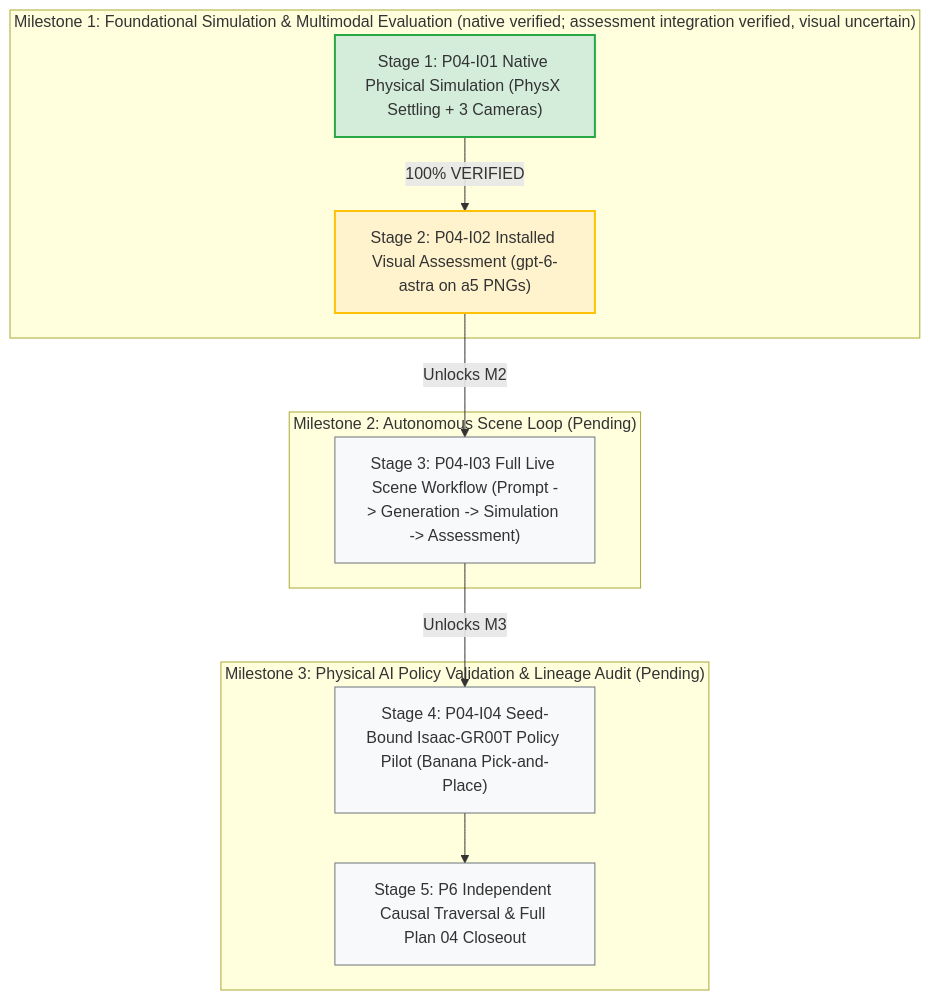
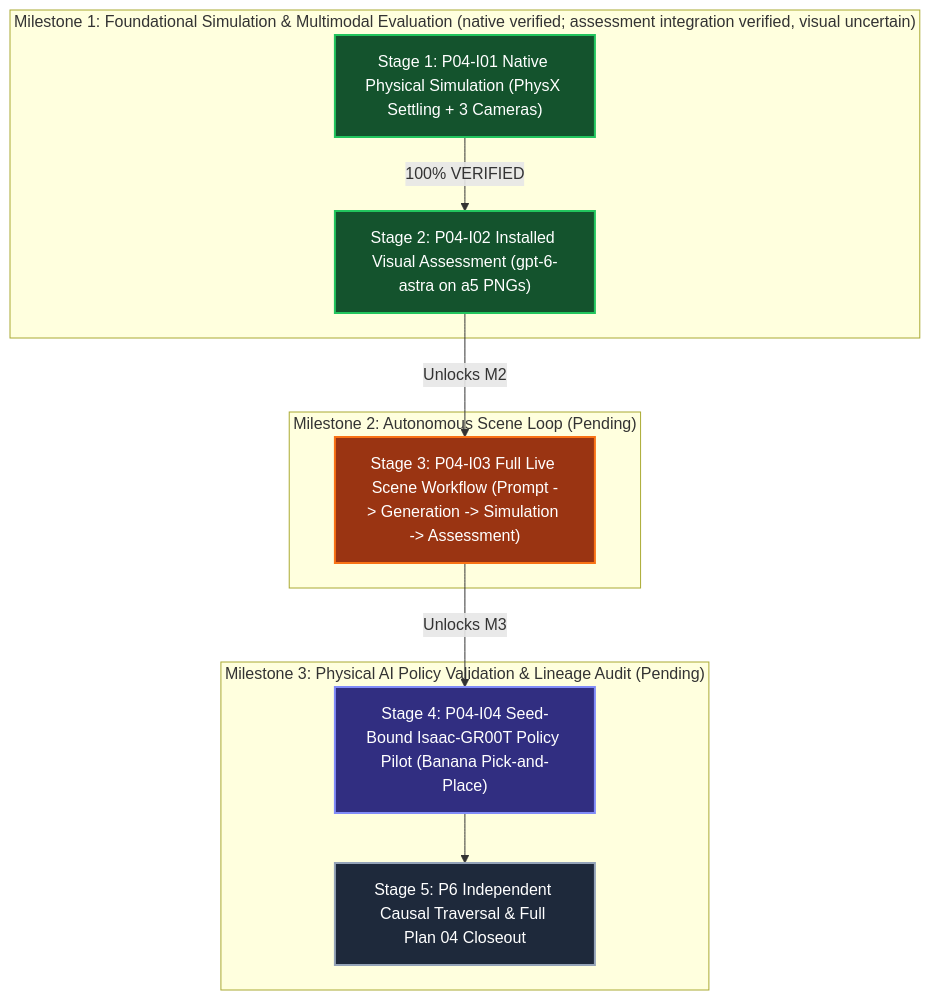
One commit to boredengineering/IsaacLab-Arena changed the first of 2 diagrams in .agents/references/plans/plan04_implementation/how-far-to-finish-plan04.md. Above: the diagram before and after it, drawn with Mermaid. The commit also changed 2 other files, not shown here.

Commit message:
adding and reviewing progress

````diff
--- a/.agents/references/plans/plan04_implementation/how-far-to-finish-plan04.md
+++ b/.agents/references/plans/plan04_implementation/how-far-to-finish-plan04.md
@@ -34,21 +34,21 @@
 ```mermaid
 flowchart TD
     subgraph M1["Milestone 1: Foundational Simulation & Multimodal Evaluation (native verified; assessment integration verified, visual uncertain)"]
         S1["Stage 1: P04-I01 Native Physical Simulation (PhysX Settling + 3 Cameras)"] -->|100% VERIFIED| S2["Stage 2: P04-I02 Installed Visual Assessment (gpt-6-astra on a5 PNGs)"]
     end
 
     subgraph M2["Milestone 2: Autonomous Scene Loop (Pending)"]
         S2 -->|Unlocks M2| S3["Stage 3: P04-I03 Full Live Scene Workflow (Prompt -> Generation -> Simulation -> Assessment)"]
     end
 
     subgraph M3["Milestone 3: Physical AI Policy Validation & Lineage Audit (Pending)"]
         S3 -->|Unlocks M3| S4["Stage 4: P04-I04 Seed-Bound Isaac-GR00T Policy Pilot (Banana Pick-and-Place)"]
         S4 --> S5["Stage 5: P6 Independent Causal Traversal & Full Plan 04 Closeout"]
     end
 
-    style S1 fill:#d4edda,stroke:#28a745,stroke-width:2px;
-    style S2 fill:#fff3cd,stroke:#ffc107,stroke-width:2px;
-    style S3 fill:#f8f9fa,stroke:#6c757d,stroke-width:1px;
-    style S4 fill:#f8f9fa,stroke:#6c757d,stroke-width:1px;
-    style S5 fill:#f8f9fa,stroke:#6c757d,stroke-width:1px;
+    style S1 fill:#14532d,stroke:#22c55e,stroke-width:2px,color:#ffffff;
+    style S2 fill:#14532d,stroke:#22c55e,stroke-width:2px,color:#ffffff;
+    style S3 fill:#9a3412,stroke:#f97316,stroke-width:2px,color:#ffffff;
+    style S4 fill:#312e81,stroke:#818cf8,stroke-width:2px,color:#ffffff;
+    style S5 fill:#1e293b,stroke:#94a3b8,stroke-width:2px,color:#ffffff;
 ```
````
